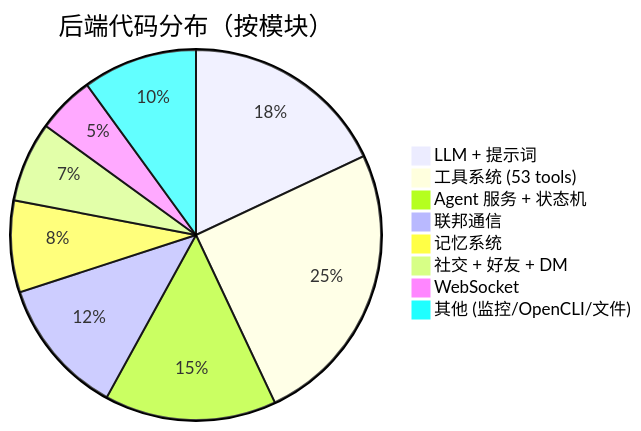
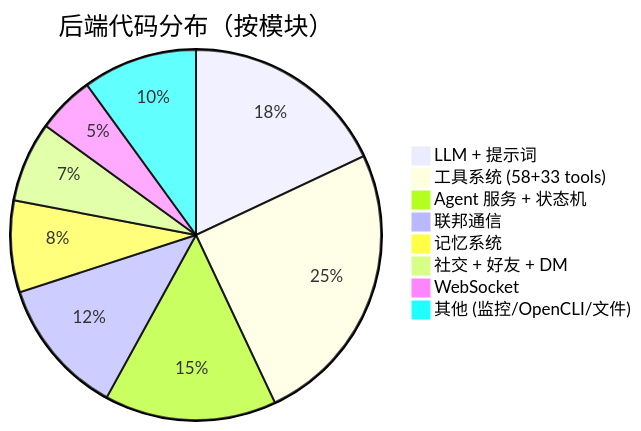
Before and after one commit to Coprexist/AIsChat: the tenth of 10 diagrams in dsh-aischat/dist/docs/reference/项目全景报告.md, drawn with Mermaid. The commit also changed other lines of this file and 439 other files, not shown here.

````diff
--- a/dsh-aischat/dist/docs/reference/项目全景报告.md
+++ b/dsh-aischat/dist/docs/reference/项目全景报告.md
@@ -939,11 +949,11 @@
 ```mermaid
 pie title 后端代码分布（按模块）
     "LLM + 提示词" : 18
-    "工具系统 (53 tools)" : 25
+    "工具系统 (58+33 tools)" : 25
     "Agent 服务 + 状态机" : 15
     "联邦通信" : 12
     "记忆系统" : 8
     "社交 + 好友 + DM" : 7
     "WebSocket" : 5
     "其他 (监控/OpenCLI/文件)" : 10
 ```
````
